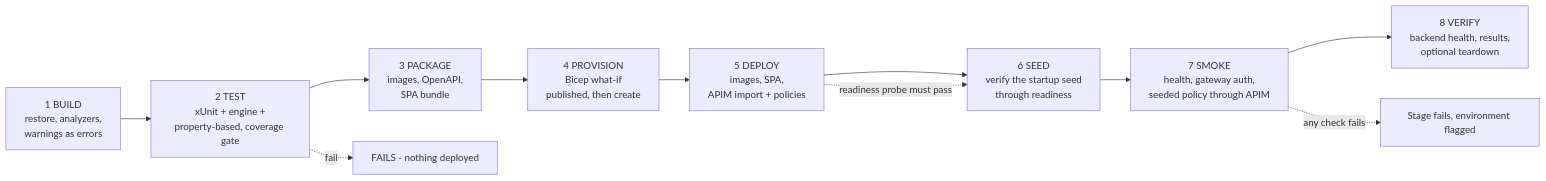
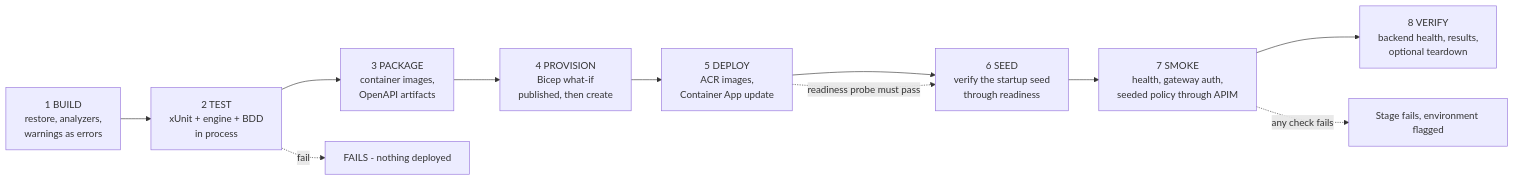
Before and after one commit to r4rad/coupon-service: diagram 21 of 22 in docs/solution-architecture.md, drawn with Mermaid. The commit also changed other lines of this file and 1 other file, not shown here.

First line of the commit message:
Align solution architecture with the as-built system.

````diff
--- a/docs/solution-architecture.md
+++ b/docs/solution-architecture.md
@@ -1004,16 +1002,16 @@
 ```mermaid
 flowchart LR
     S1["1 BUILD<br/>restore, analyzers,<br/>warnings as errors"]
-    S2["2 TEST<br/>xUnit + engine +<br/>property-based, coverage gate"]
-    S3["3 PACKAGE<br/>images, OpenAPI,<br/>SPA bundle"]
+    S2["2 TEST<br/>xUnit + engine + BDD<br/>in process"]
+    S3["3 PACKAGE<br/>container images,<br/>OpenAPI artifacts"]
     S4["4 PROVISION<br/>Bicep what-if<br/>published, then create"]
-    S5["5 DEPLOY<br/>images, SPA,<br/>APIM import + policies"]
+    S5["5 DEPLOY<br/>ACR images,<br/>Container App update"]
     S6["6 SEED<br/>verify the startup seed<br/>through readiness"]
     S7["7 SMOKE<br/>health, gateway auth,<br/>seeded policy through APIM"]
     S8["8 VERIFY<br/>backend health, results,<br/>optional teardown"]
 
     S1 --> S2 --> S3 --> S4 --> S5 --> S6 --> S7 --> S8
     S2 -.->|"fail"| X1["FAILS - nothing deployed"]
     S5 -.->|"readiness probe must pass"| S6
     S7 -.->|"any check fails"| X2["Stage fails, environment flagged"]
 ```
````
